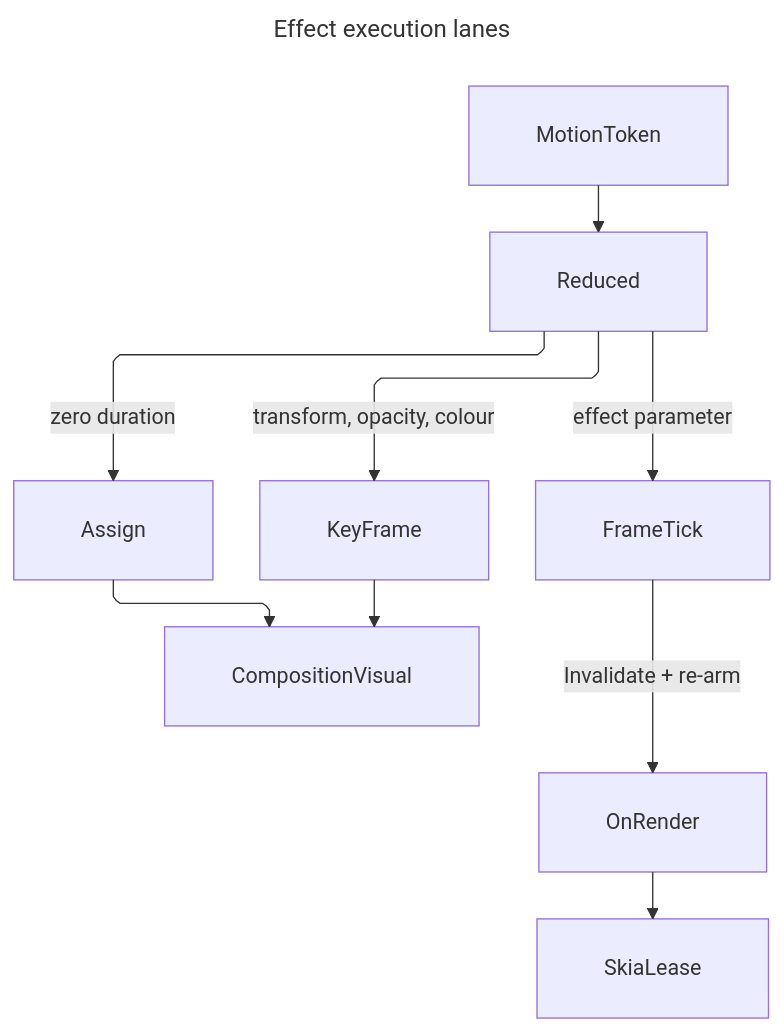
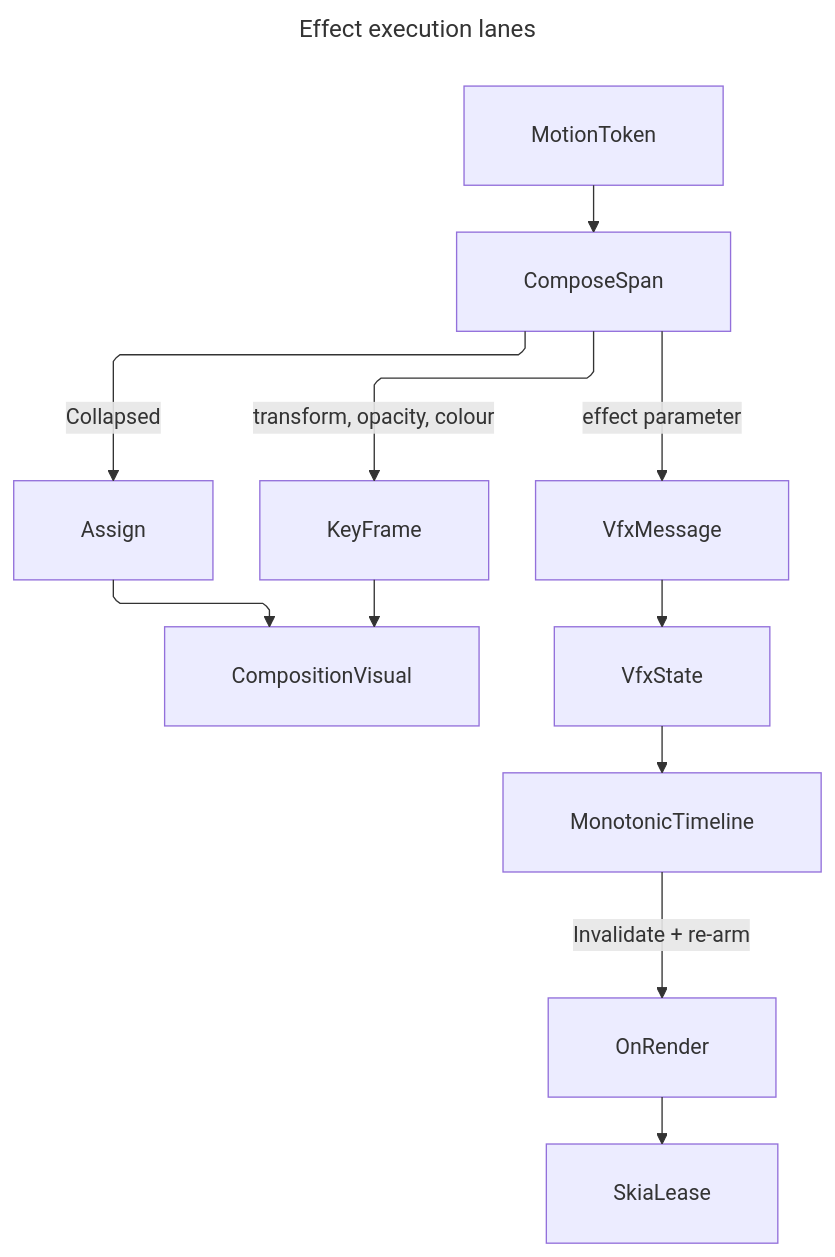
Before and after one commit to bsamiee/Rasm: the diagram in libs/csharp/Rasm.AppUi/.planning/Vfx/compose.md, drawn with Mermaid. The commit also changed other lines of this file and 818 other files, not shown here.

````diff
--- a/libs/csharp/Rasm.AppUi/.planning/Vfx/compose.md
+++ b/libs/csharp/Rasm.AppUi/.planning/Vfx/compose.md
@@ -504,21 +605,23 @@
 ```mermaid
 ---
 title: Effect execution lanes
 config:
   layout: elk
   flowchart:
     curve: linear
     padding: 25
 ---
 flowchart TB
     accTitle: Effect execution lanes
-    accDescr: A motion token resolves through the reduction switch and then splits by what it drives — transform, opacity, and colour ride a composition keyframe or an implicit trigger on the render thread, while every effect parameter rides the custom-visual frame tick that redraws the material and shader terms.
-    MotionToken --> Reduced
-    Reduced -->|zero duration| Assign
-    Reduced -->|transform, opacity, colour| KeyFrame
-    Reduced -->|effect parameter| FrameTick
+    accDescr: A motion token crosses the one reduce-and-bound resolution and then splits by what it drives — transform, opacity, and colour ride a composition keyframe or an implicit trigger on the render thread, while every effect parameter rides the custom-visual frame tick that redraws the material and shader terms against the kernel monotonic timeline.
+    MotionToken --> ComposeSpan
+    ComposeSpan -->|Collapsed| Assign
+    ComposeSpan -->|transform, opacity, colour| KeyFrame
+    ComposeSpan -->|effect parameter| VfxMessage
     KeyFrame --> CompositionVisual
     Assign --> CompositionVisual
-    FrameTick -->|Invalidate + re-arm| OnRender
+    VfxMessage --> VfxState
+    VfxState --> MonotonicTimeline
+    MonotonicTimeline -->|Invalidate + re-arm| OnRender
     OnRender --> SkiaLease
 ```
````
